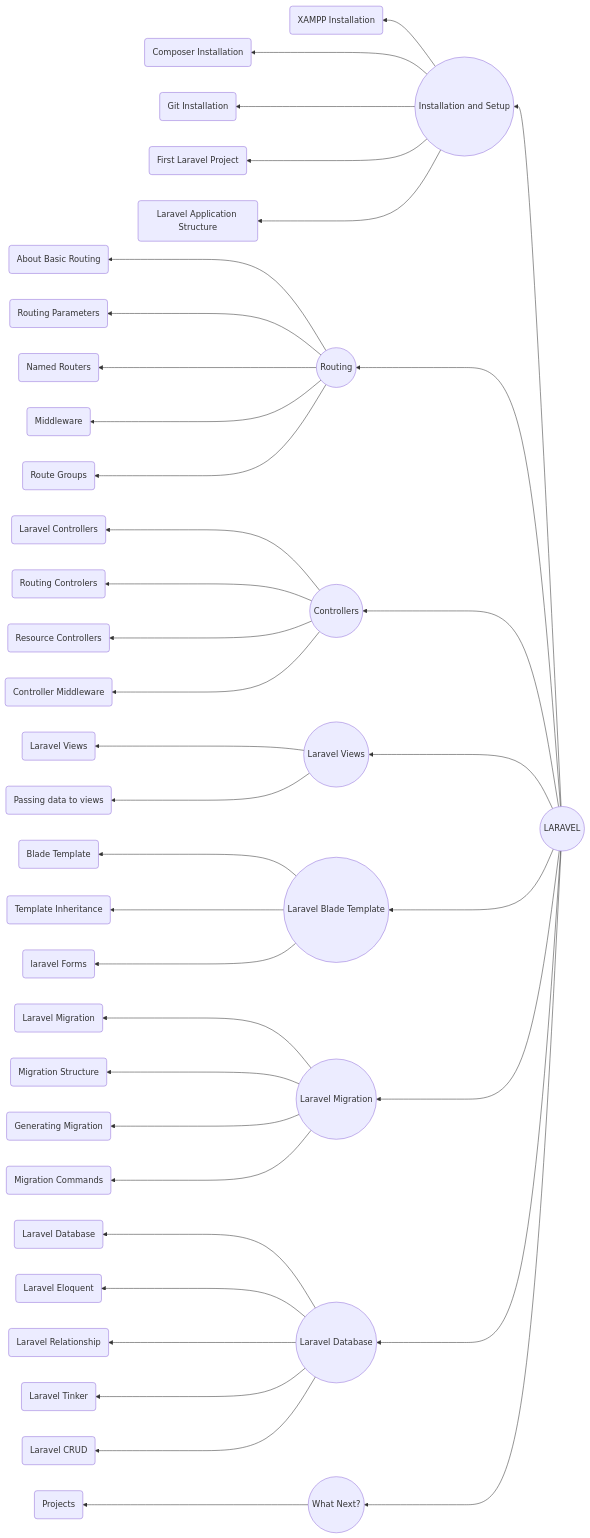
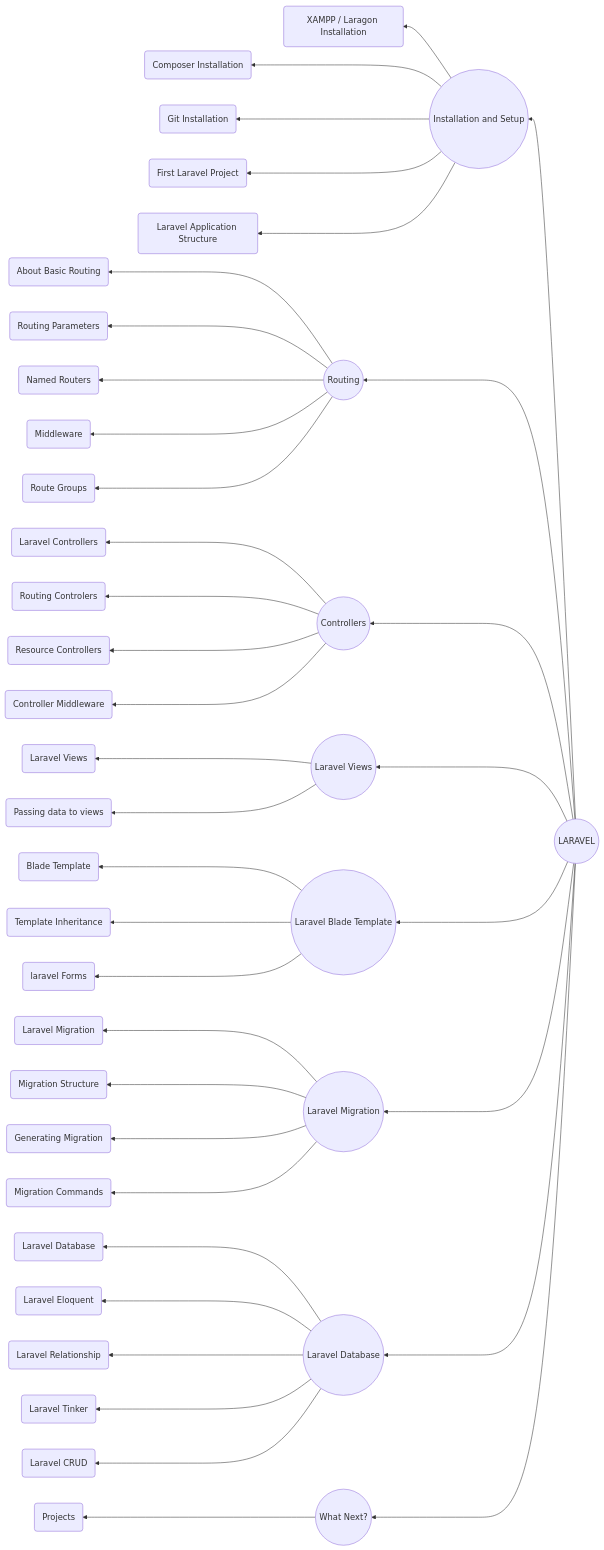
Before and after one commit to nabin-8/PHP-Laravel: the second of 2 diagrams in README.md, drawn with Mermaid. The commit also changed other lines of this file and 2 other files, not shown here.

````diff
--- a/README.md
+++ b/README.md
@@ -139,47 +138,47 @@
 ```mermaid
 flowchart RL
     A((LARAVEL)) --> B((Installation and Setup))
-    B --> BA(XAMPP Installation)
+    B --> BA(XAMPP / Laragon Installation)
     B ---> BB(Composer Installation)
     B ---> BC(Git Installation)
     B ---> BD(First Laravel Project)
     B ---> BE(Laravel Application Structure)
 
     A ---> C((Routing))
     C ---> CA(About Basic Routing)
     C ---> CB(Routing Parameters)
     C ---> CC(Named Routers)
     C ---> CD(Middleware)
     C ---> CE(Route Groups)
 
     A ---> D((Controllers))
     D ---> DA(Laravel Controllers)
     D ---> DB(Routing Controlers)
     D ---> DC(Resource Controllers)
     D ---> DD(Controller Middleware)
 
     A ---> E((Laravel Views))
     E ---> EA(Laravel Views)
     E ---> EB(Passing data to views)
 
     A ---> F((Laravel Blade Template))
     F ---> FA(Blade Template)
     F ---> FB(Template Inheritance)
     F ---> FC(laravel Forms)
 
     A ---> G((Laravel Migration))
     G ---> GA(Laravel Migration)
     G ---> GB(Migration Structure)
     G ---> GC(Generating Migration)
     G ---> GD(Migration Commands)
 
     A ---> H((Laravel Database))
     H ---> HA(Laravel Database)
     H ---> HB(Laravel Eloquent)
     H ---> HC(Laravel Relationship)
     H ---> HD(Laravel Tinker)
     H ---> HE(Laravel CRUD)
 
     A ---> I((What Next?))
     I ---> IA(Projects)
 ```
````
